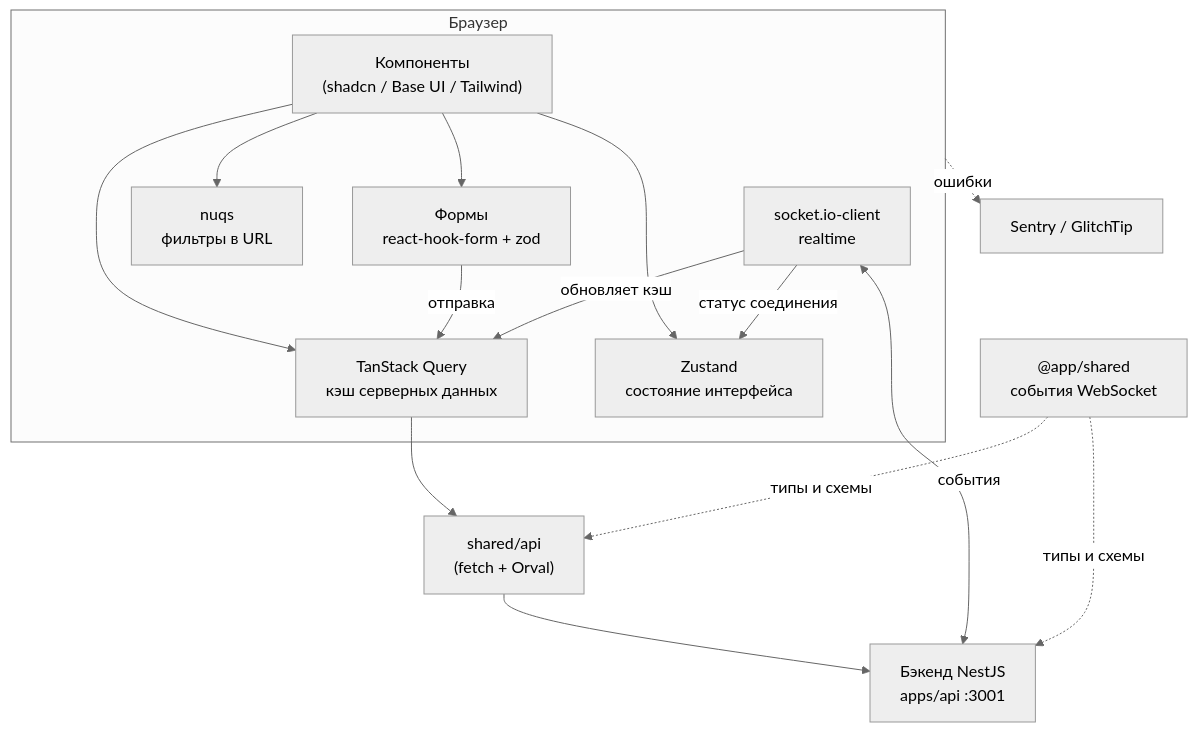
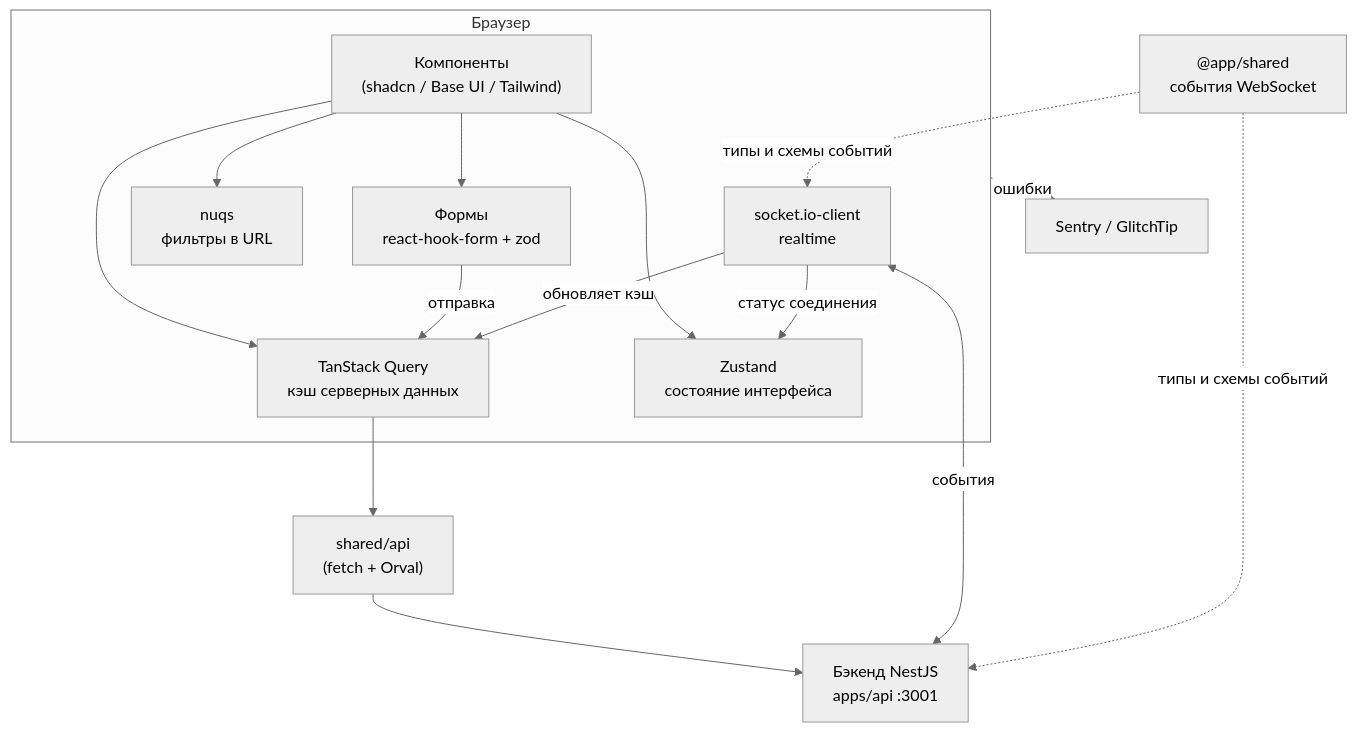
Before and after one commit to project-messenger/monorepo-app: the diagram in apps/web/docs/architecture.md, drawn with Mermaid (neutral theme). The commit also changed 6 other files, not shown here.

````diff
--- a/apps/web/docs/architecture.md
+++ b/apps/web/docs/architecture.md
@@ -110,29 +110,29 @@
 ```mermaid
 flowchart TB
     subgraph browser["Браузер"]
         UI["Компоненты<br/>(shadcn / Base UI / Tailwind)"]
         Forms["Формы<br/>react-hook-form + zod"]
         Q["TanStack Query<br/>кэш серверных данных"]
         Z["Zustand<br/>состояние интерфейса"]
         URL["nuqs<br/>фильтры в URL"]
         S["socket.io-client<br/>realtime"]
     end
 
     API["shared/api<br/>(fetch + Orval)"]
     BE["Бэкенд NestJS<br/>apps/api :3001"]
     Shared["@app/shared<br/>события WebSocket"]
     Sentry["Sentry / GlitchTip"]
 
     UI --> Forms
     UI --> Q
     UI --> Z
     UI --> URL
     Forms -- "отправка" --> Q
     Q --> API --> BE
     S <-- "события" --> BE
     S -- "обновляет кэш" --> Q
     S -- "статус соединения" --> Z
-    Shared -. "типы и схемы" .-> API
-    Shared -. "типы и схемы" .-> BE
+    Shared -. "типы и схемы событий" .-> S
+    Shared -. "типы и схемы событий" .-> BE
     browser -. "ошибки" .-> Sentry
 ```
````
